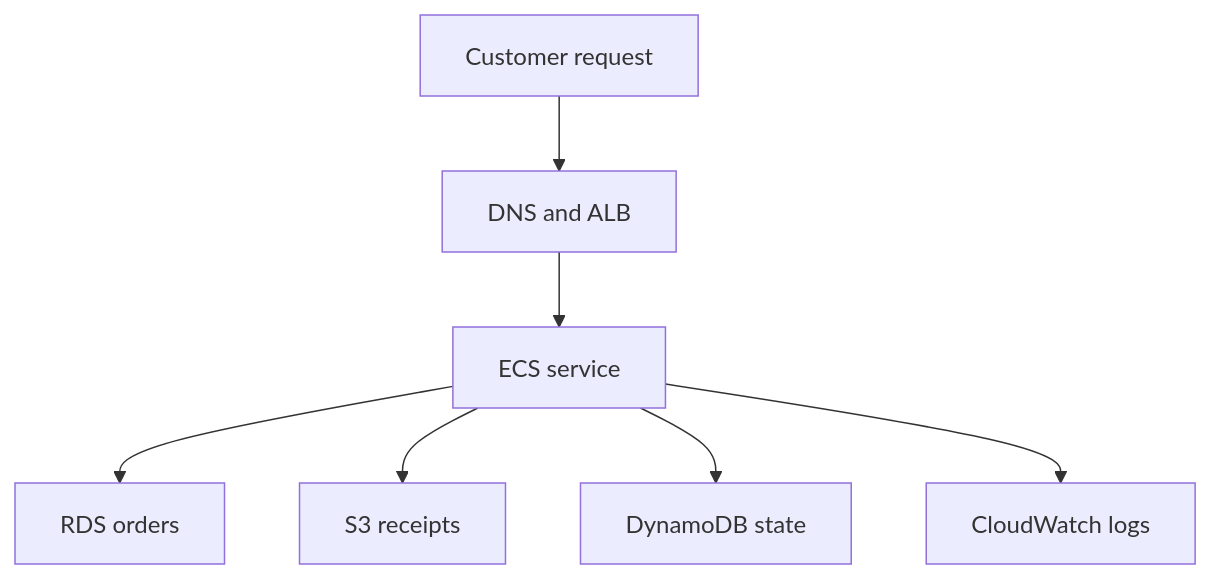
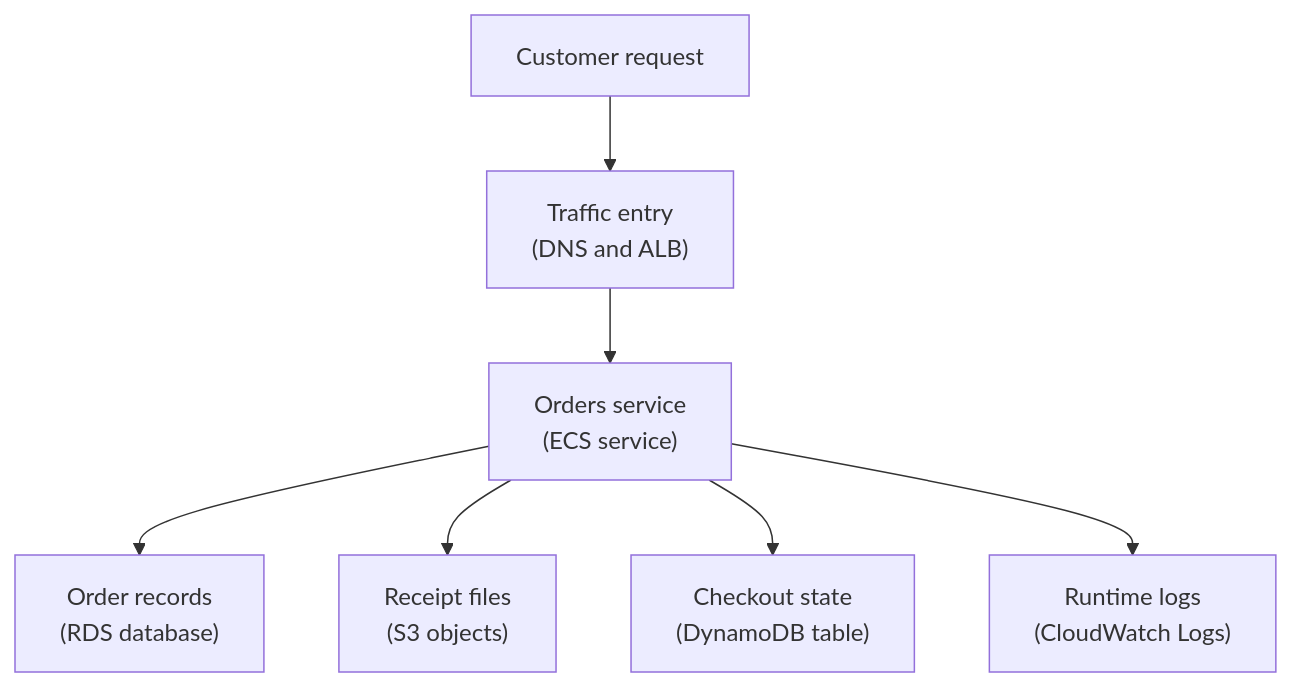
One commit to senlinyy/dev-roadmaps changed the diagram in cloud-providers/aws/cost-resilience/recovery-planning.md. Above: the diagram before and after it, drawn with Mermaid. The commit also changed 89 other files, not shown here.

````diff
--- a/cloud-providers/aws/cost-resilience/recovery-planning.md
+++ b/cloud-providers/aws/cost-resilience/recovery-planning.md
@@ -69,17 +69,17 @@
 ```mermaid
 flowchart TD
     User["Customer request"]
-    DNS["DNS and ALB"]
-    ECS["ECS service"]
-    RDS["RDS orders"]
-    S3["S3 receipts"]
-    DDB["DynamoDB state"]
-    Logs["CloudWatch logs"]
+    DNS["Traffic entry<br/>(DNS and ALB)"]
+    ECS["Orders service<br/>(ECS service)"]
+    RDS["Order records<br/>(RDS database)"]
+    S3["Receipt files<br/>(S3 objects)"]
+    DDB["Checkout state<br/>(DynamoDB table)"]
+    Logs["Runtime logs<br/>(CloudWatch Logs)"]
 
     User --> DNS
     DNS --> ECS
     ECS --> RDS
     ECS --> S3
     ECS --> DDB
     ECS --> Logs
 ```
````
